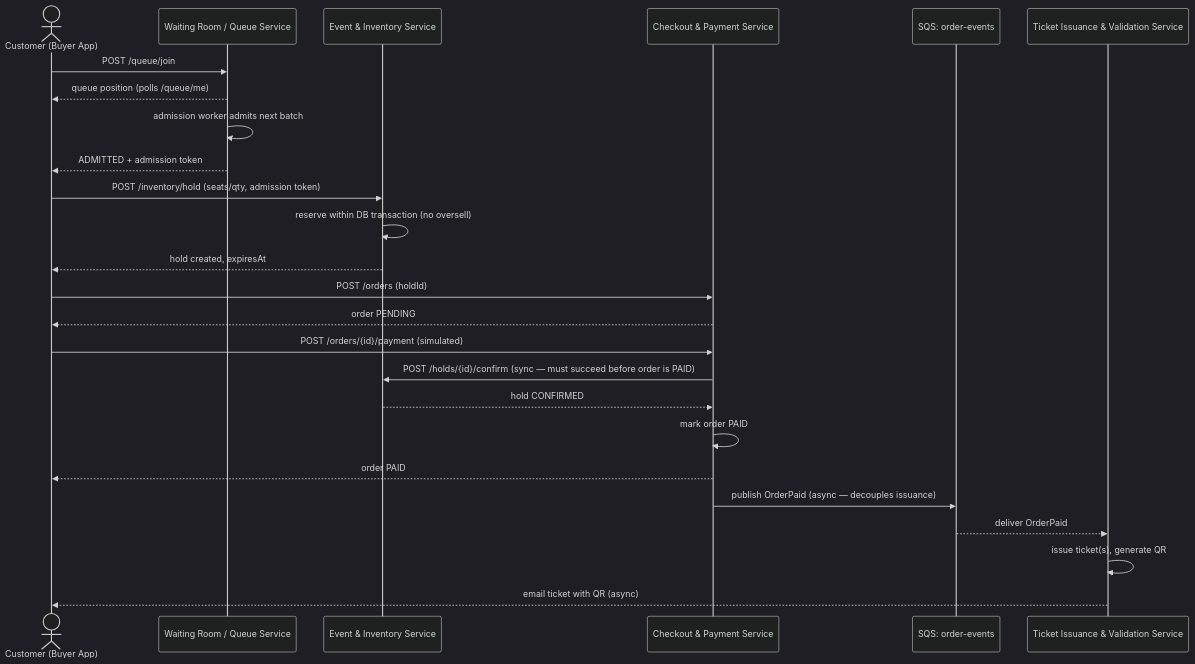
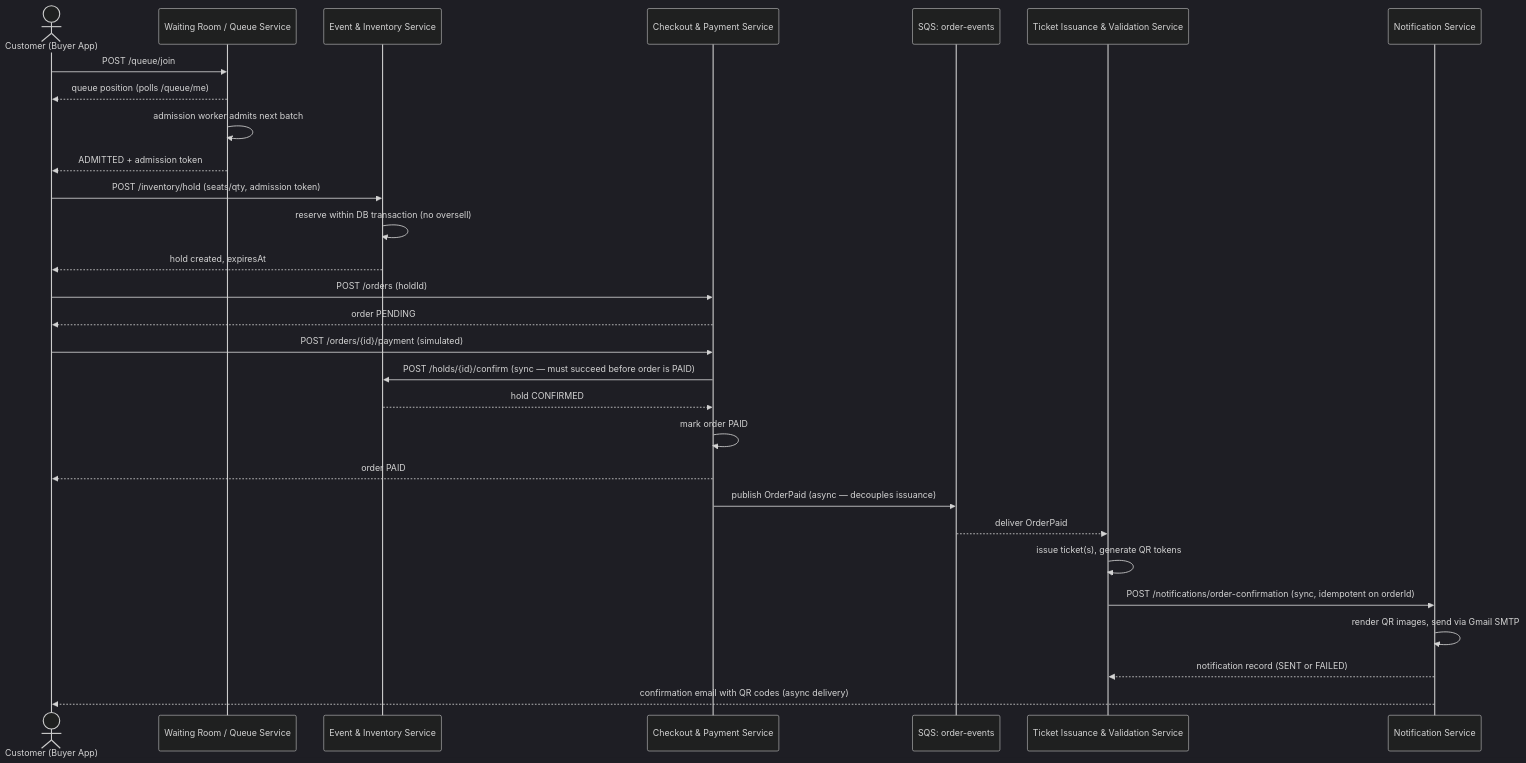
Diagram 12 of 12 in database/onestage-system-design_with_notification.md (nus-mtech-grp1-sem2/backend-repo), drawn with Mermaid (dark theme) before and after one commit. The commit also changed other lines of this file, not shown here.

First line of the commit message:
Document the Notification Service in the system design doc

````diff
--- a/database/onestage-system-design_with_notification.md
+++ b/database/onestage-system-design_with_notification.md
@@ -643,30 +725,34 @@
 ```mermaid
 sequenceDiagram
     actor C as Customer (Buyer App)
     participant WR as Waiting Room / Queue Service
     participant EIS as Event & Inventory Service
     participant CPS as Checkout & Payment Service
     participant SQS as SQS: order-events
     participant TIV as Ticket Issuance & Validation Service
+    participant NS as Notification Service
 
     C->>WR: POST /queue/join
     WR-->>C: queue position (polls /queue/me)
     WR->>WR: admission worker admits next batch
     WR-->>C: ADMITTED + admission token
 
     C->>EIS: POST /inventory/hold (seats/qty, admission token)
     EIS->>EIS: reserve within DB transaction (no oversell)
     EIS-->>C: hold created, expiresAt
 
     C->>CPS: POST /orders (holdId)
     CPS-->>C: order PENDING
     C->>CPS: POST /orders/{id}/payment (simulated)
     CPS->>EIS: POST /holds/{id}/confirm  (sync — must succeed before order is PAID)
     EIS-->>CPS: hold CONFIRMED
     CPS->>CPS: mark order PAID
     CPS-->>C: order PAID
     CPS->>SQS: publish OrderPaid  (async — decouples issuance)
     SQS-->>TIV: deliver OrderPaid
-    TIV->>TIV: issue ticket(s), generate QR
-    TIV-->>C: email ticket with QR (async)
+    TIV->>TIV: issue ticket(s), generate QR tokens
+    TIV->>NS: POST /notifications/order-confirmation (sync, idempotent on orderId)
+    NS->>NS: render QR images, send via Gmail SMTP
+    NS-->>TIV: notification record (SENT or FAILED)
+    NS-->>C: confirmation email with QR codes (async delivery)
 ```
````
